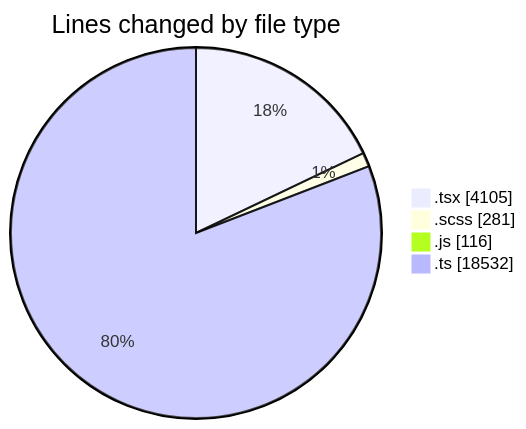
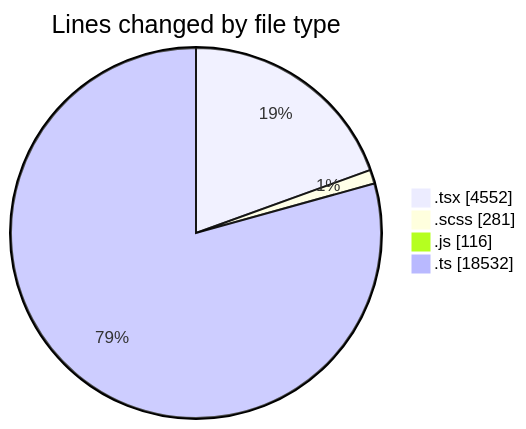
One commit to momahboobian/code-tracking changed the first of 2 diagrams in 2025-11-11/cda/README.md. Above: the diagram before and after it, drawn with Mermaid. The commit also changed other lines of this file and 1 other file, not shown here.

````diff
--- a/2025-11-11/cda/README.md
+++ b/2025-11-11/cda/README.md
@@ -31,8 +31,8 @@
 ```mermaid
 pie showData
 title Lines changed by file type
-".tsx" : 4105
+".tsx" : 4552
 ".scss" : 281
 ".js" : 116
 ".ts" : 18532
 ```
````
